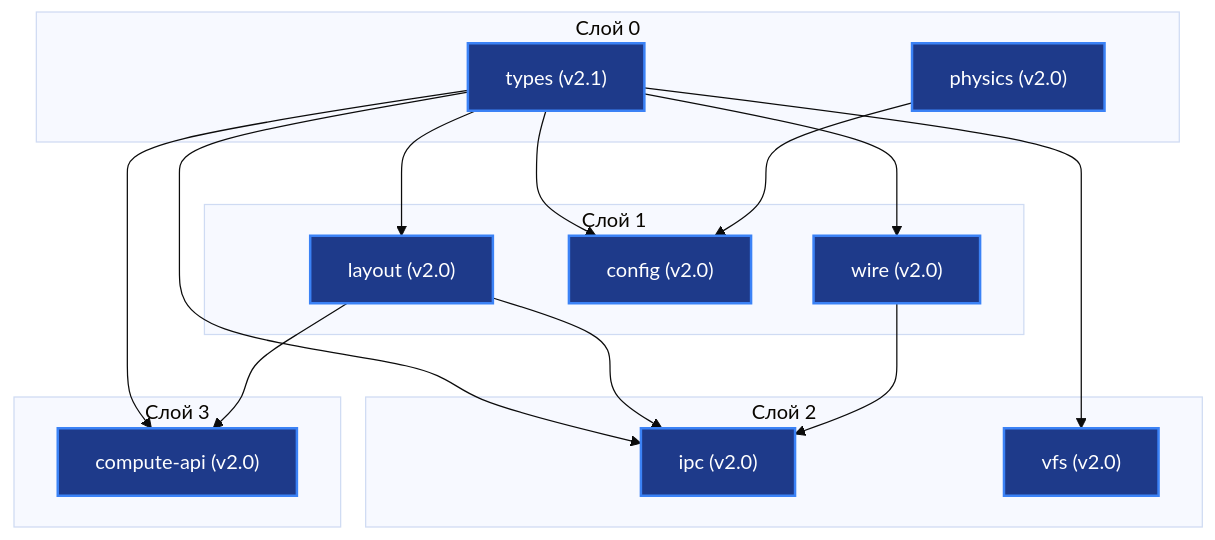
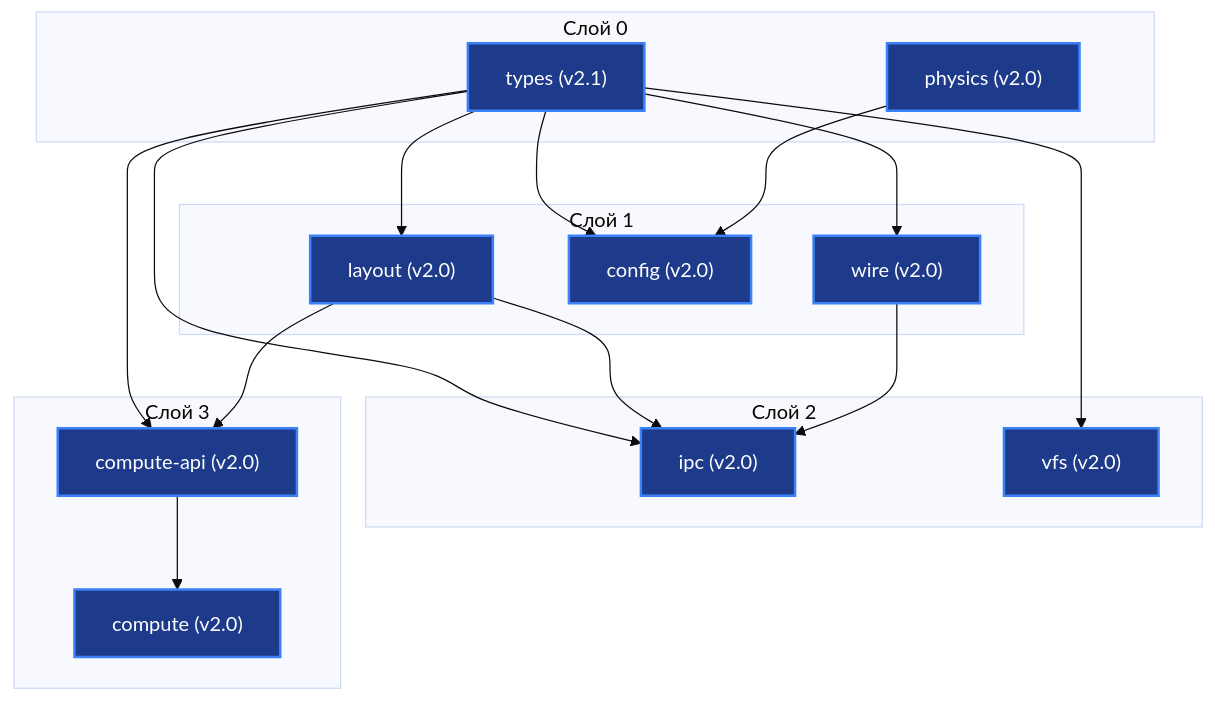
Before and after one commit to H4V1K-dev/axicor_enterprise: the diagram in docs/engine/INDEX.md, drawn with Mermaid (base theme). The commit also changed other lines of this file and 1 other file, not shown here.

Commit message:
docs: add engine index and L3 compute specification documentation

````diff
--- a/docs/engine/INDEX.md
+++ b/docs/engine/INDEX.md
@@ -9,33 +9,35 @@
 ```mermaid
 graph TD
     subgraph L0["Слой 0"]
         types["types (v2.1)"]
         physics["physics (v2.0)"]
     end
     subgraph L1["Слой 1"]
         layout["layout (v2.0)"]
         config["config (v2.0)"]
         wire["wire (v2.0)"]
     end
     subgraph L2["Слой 2"]
         ipc["ipc (v2.0)"]
         vfs["vfs (v2.0)"]
     end
     subgraph L3["Слой 3"]
         compute_api["compute-api (v2.0)"]
+        compute["compute (v2.0)"]
     end
 
     types --> layout
     types --> config
     types --> wire
     types --> ipc
     types --> vfs
     types --> compute_api
     physics --> config
     layout --> ipc
     wire --> ipc
     layout --> compute_api
+    compute_api --> compute
 
     classDef active fill:#1e3a8a,stroke:#3b82f6,stroke-width:2px,color:#fff;
-    class types,physics,layout,config,wire,ipc,vfs,compute_api active;
+    class types,physics,layout,config,wire,ipc,vfs,compute_api,compute active;
 ```
````
